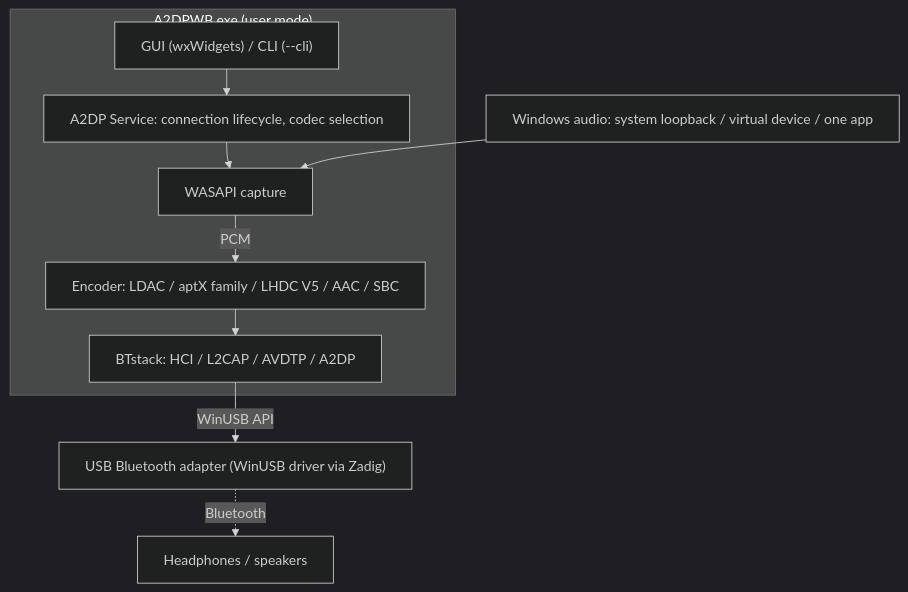
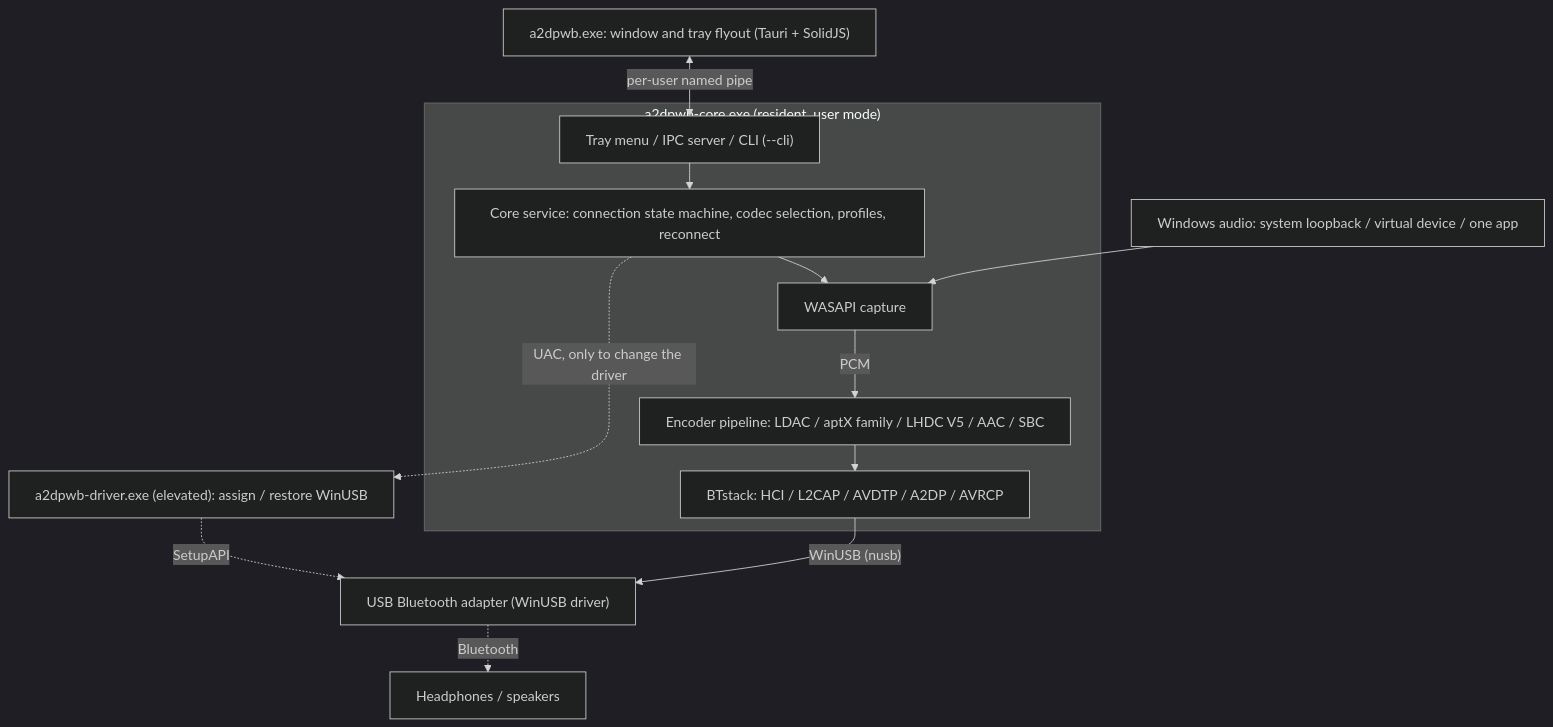
One commit to Akramx15/A2DP-Windows-Bridge changed the diagram in README.md. Above: the diagram before and after it, drawn with Mermaid (dark theme). The commit also changed other lines of this file and 15 other files, not shown here.

First line of the commit message:
docs: describe v2 (core, window, tray, in-app WinUSB, licences)

````diff
--- a/README.md
+++ b/README.md
@@ -71,19 +69,23 @@
 ```mermaid
 ---
 config:
   flowchart:
     wrappingWidth: 480
     rankSpacing: 30
 ---
 flowchart TB
     src["Windows audio: system loopback / virtual device / one app"]
-    subgraph exe["A2DPWB.exe (user mode)"]
-        ui["GUI (wxWidgets) / CLI (--cli)"] --> svc["A2DP Service: connection lifecycle, codec selection"]
+    ui["a2dpwb.exe: window and tray flyout (Tauri + SolidJS)"]
+    subgraph core["a2dpwb-core.exe (resident, user mode)"]
+        ctl["Tray menu / IPC server / CLI (--cli)"] --> svc["Core service: connection state machine, codec selection, profiles, reconnect"]
         svc --> cap["WASAPI capture"]
-        cap -- PCM --> enc["Encoder: LDAC / aptX family / LHDC V5 / AAC / SBC"]
-        enc --> bt["BTstack: HCI / L2CAP / AVDTP / A2DP"]
+        cap -- PCM --> enc["Encoder pipeline: LDAC / aptX family / LHDC V5 / AAC / SBC"]
+        enc --> bt["BTstack: HCI / L2CAP / AVDTP / A2DP / AVRCP"]
     end
+    ui <-->|"per-user named pipe"| ctl
+    svc -.->|"UAC, only to change the driver"| drv["a2dpwb-driver.exe (elevated): assign / restore WinUSB"]
     src --> cap
-    bt -- WinUSB API --> usb["USB Bluetooth adapter (WinUSB driver via Zadig)"]
+    bt -->|"WinUSB (nusb)"| usb["USB Bluetooth adapter (WinUSB driver)"]
+    drv -.->|SetupAPI| usb
     usb -. Bluetooth .-> hp["Headphones / speakers"]
 ```
````
